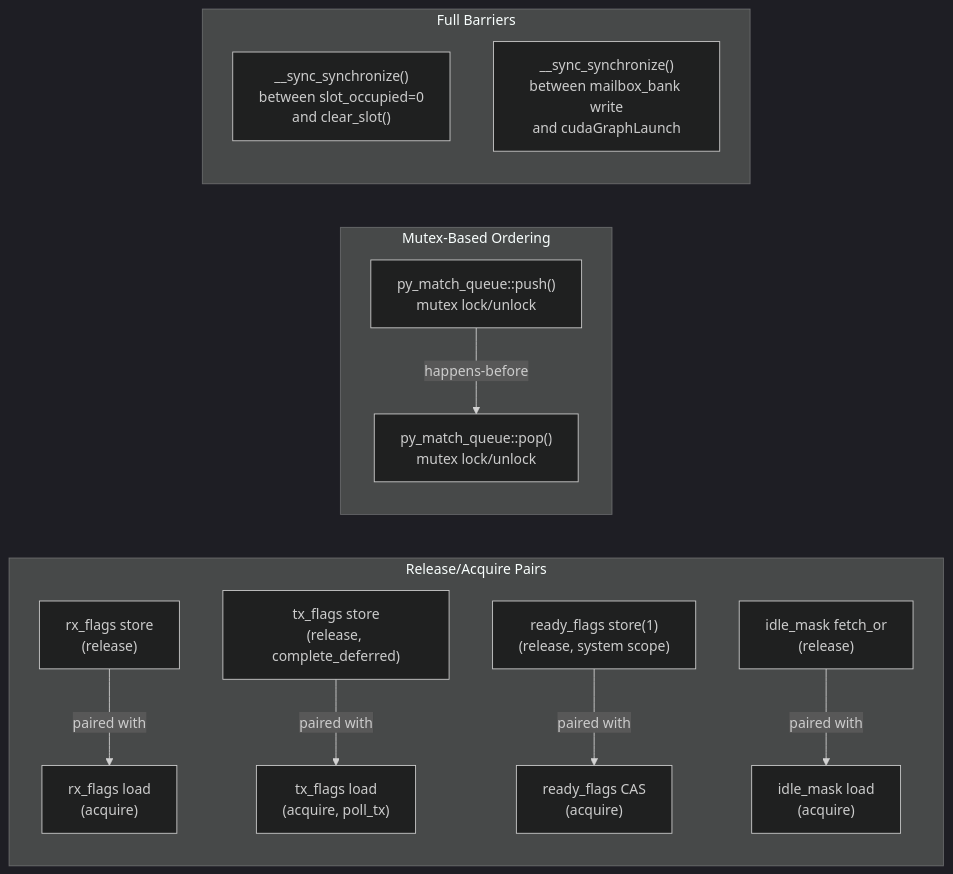
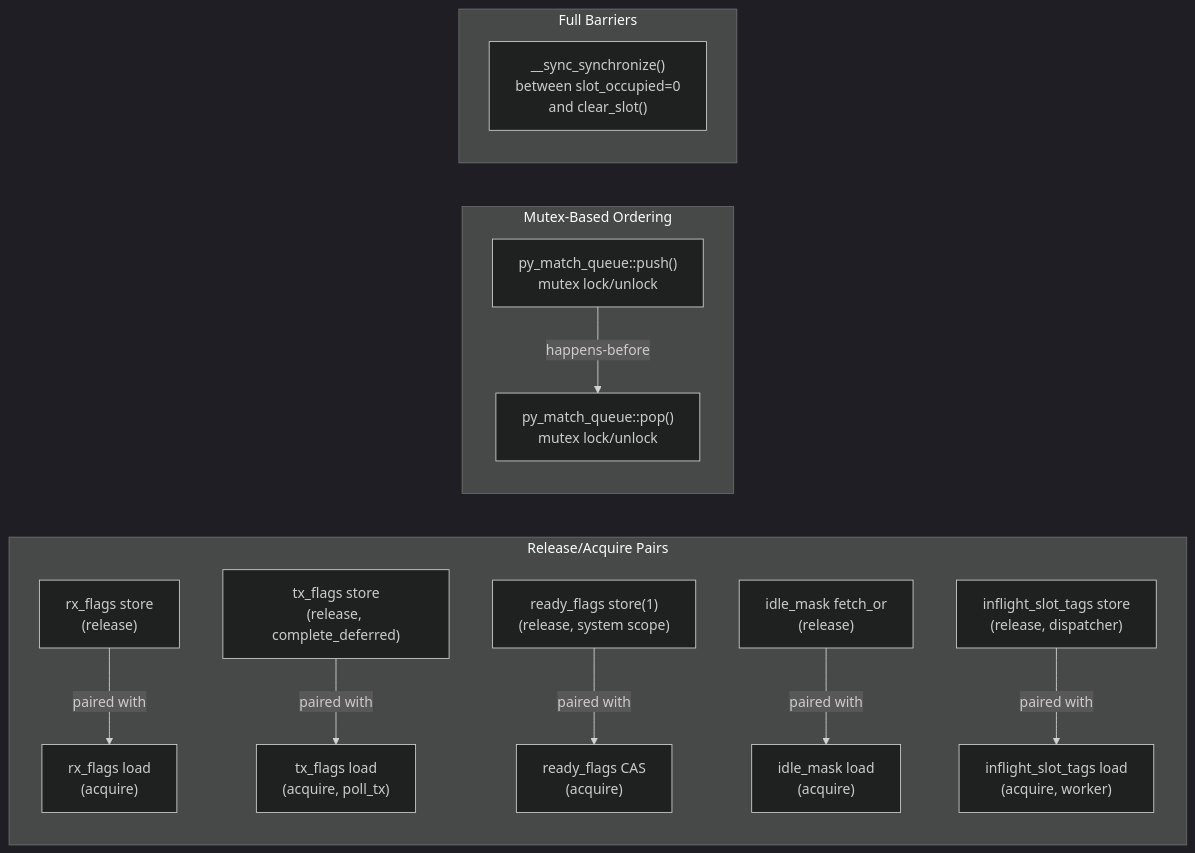
The seventh of 8 diagrams in libs/qec/lib/realtime/realtime_pipeline_architecture.md (NVIDIA/cudaq-qec), drawn with Mermaid (dark theme) before and after one commit. The commit also changed other lines of this file and 15 other files, not shown here.

````diff
--- a/libs/qec/lib/realtime/realtime_pipeline_architecture.md
+++ b/libs/qec/lib/realtime/realtime_pipeline_architecture.md
@@ -405,18 +412,18 @@
 ```mermaid
 flowchart LR
     subgraph "Release/Acquire Pairs"
         A["rx_flags store<br>(release)"] -->|"paired with"| B["rx_flags load<br>(acquire)"]
         C["tx_flags store<br>(release, complete_deferred)"] -->|"paired with"| D["tx_flags load<br>(acquire, poll_tx)"]
         E["ready_flags store(1)<br>(release, system scope)"] -->|"paired with"| F["ready_flags CAS<br>(acquire)"]
         G["idle_mask fetch_or<br>(release)"] -->|"paired with"| H["idle_mask load<br>(acquire)"]
+        M["inflight_slot_tags store<br>(release, dispatcher)"] -->|"paired with"| N["inflight_slot_tags load<br>(acquire, worker)"]
     end
 
     subgraph "Mutex-Based Ordering"
         I["py_match_queue::push()<br>mutex lock/unlock"] -->|"happens-before"| J["py_match_queue::pop()<br>mutex lock/unlock"]
     end
 
     subgraph "Full Barriers"
         K["__sync_synchronize()<br>between slot_occupied=0<br>and clear_slot()"]
-        L["__sync_synchronize()<br>between mailbox_bank write<br>and cudaGraphLaunch"]
     end
 ```
````
